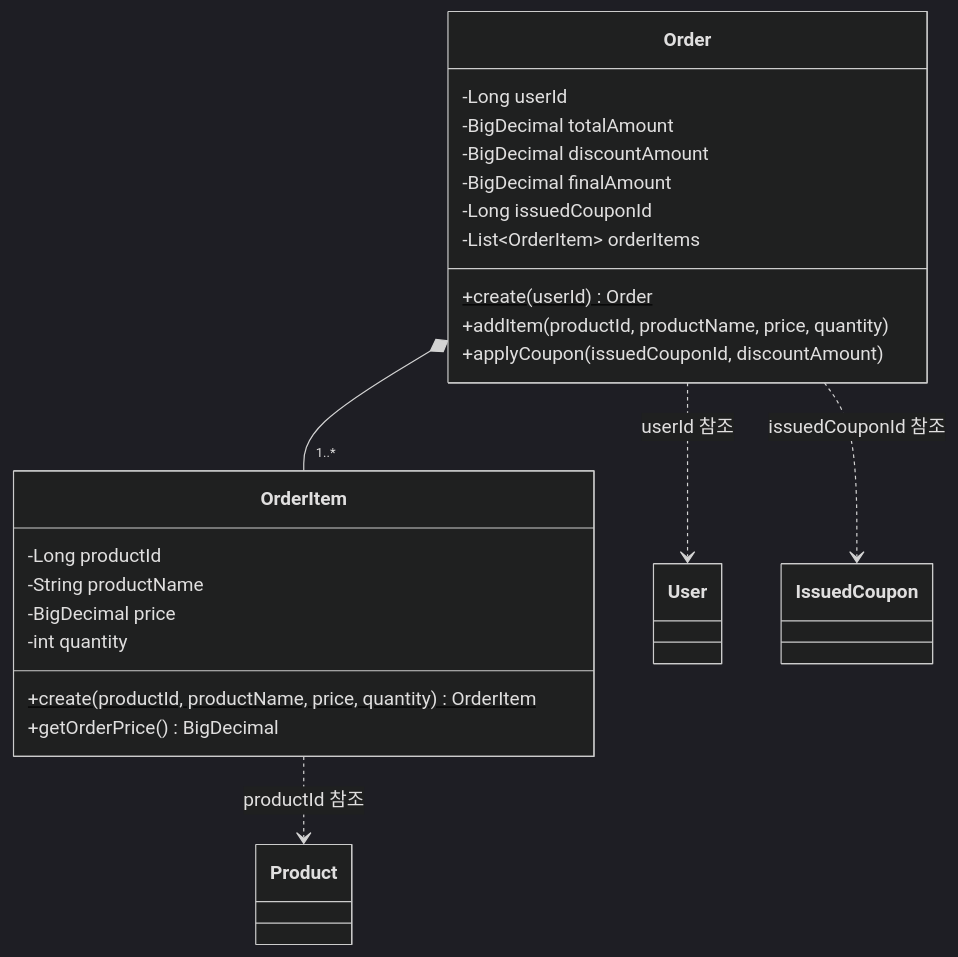
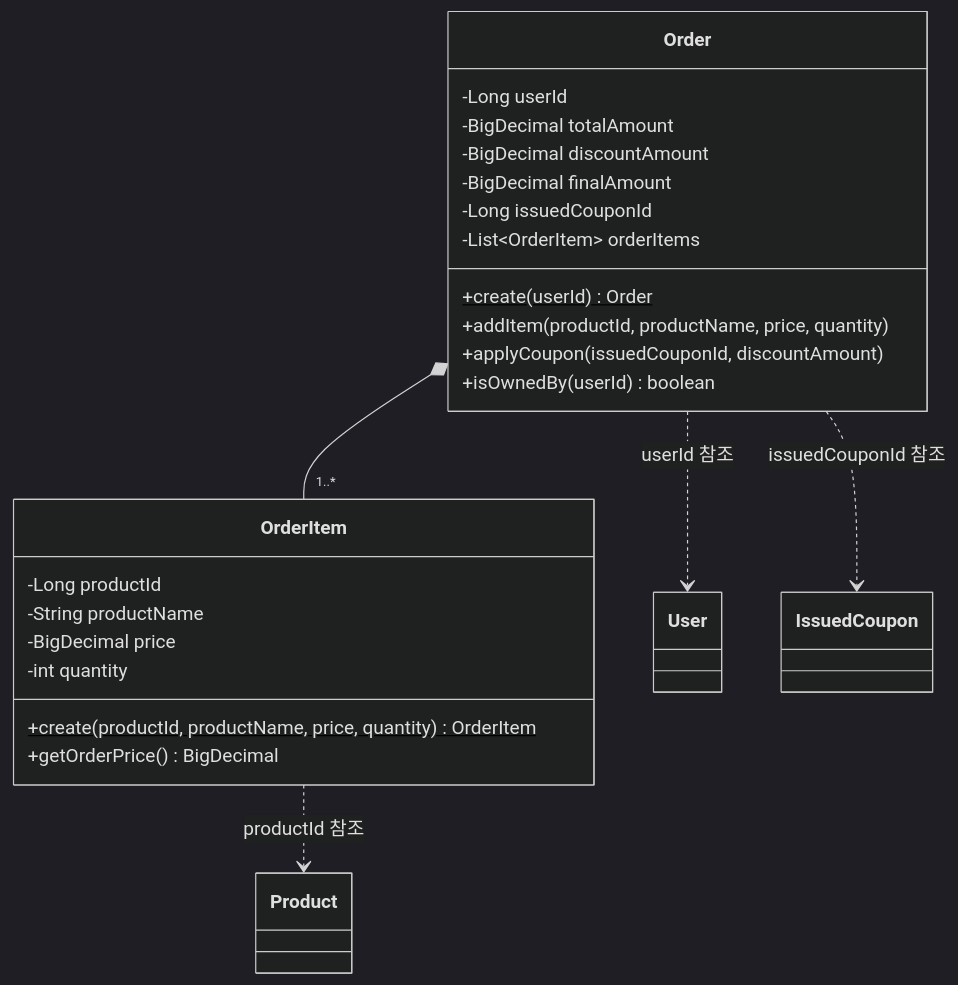
The diagram in docs/design/order/class-diagram.md (Loopers-dev-lab/loop-pack-be-l2-vol3-java), drawn with Mermaid (dark theme) before and after one commit. The commit also changed 6 other files, not shown here.

````diff
--- a/docs/design/order/class-diagram.md
+++ b/docs/design/order/class-diagram.md
@@ -8,28 +8,29 @@
 ```mermaid
 classDiagram
     class Order {
         -Long userId
         -BigDecimal totalAmount
         -BigDecimal discountAmount
         -BigDecimal finalAmount
         -Long issuedCouponId
         -List~OrderItem~ orderItems
         +create(userId)$ Order
         +addItem(productId, productName, price, quantity)
         +applyCoupon(issuedCouponId, discountAmount)
+        +isOwnedBy(userId) boolean
     }
 
     class OrderItem {
         -Long productId
         -String productName
         -BigDecimal price
         -int quantity
         +create(productId, productName, price, quantity)$ OrderItem
         +getOrderPrice() BigDecimal
     }
 
     Order *-- "1..*" OrderItem
     OrderItem ..> Product : productId 참조
     Order ..> User : userId 참조
     Order ..> IssuedCoupon : issuedCouponId 참조
 ```
````
